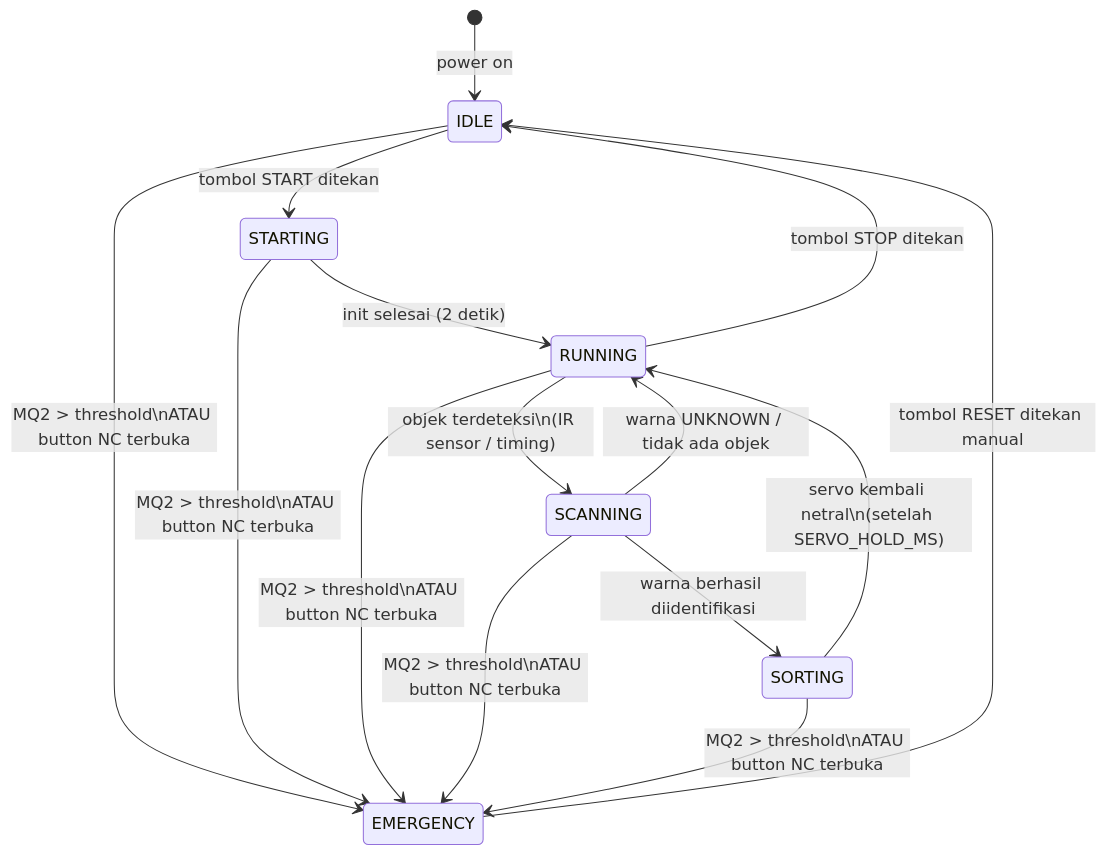
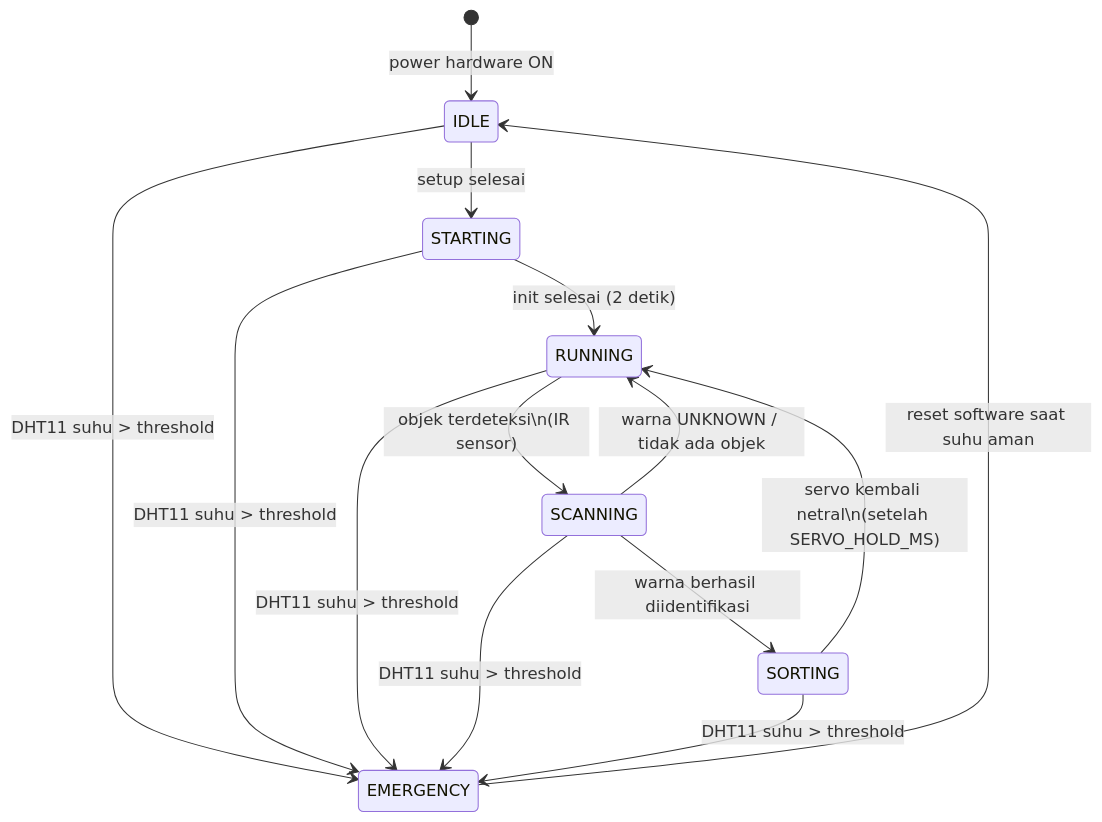
The diagram in Document/state_machine.md (arrvy/tubes-instrumentasi-kelompok-10-2026), drawn with Mermaid before and after one commit. The commit also changed other lines of this file and 19 other files, not shown here.

````diff
--- a/Document/state_machine.md
+++ b/Document/state_machine.md
@@ -24,25 +32,22 @@
 ```mermaid
 stateDiagram-v2
-    [*] --> IDLE : power on
+    [*] --> IDLE : power hardware ON
 
-    IDLE --> STARTING : tombol START ditekan
-
+    IDLE --> STARTING : setup selesai
     STARTING --> RUNNING : init selesai (2 detik)
 
-    RUNNING --> SCANNING : objek terdeteksi\n(IR sensor / timing)
+    RUNNING --> SCANNING : objek terdeteksi\n(IR sensor)
 
     SCANNING --> SORTING : warna berhasil diidentifikasi
     SCANNING --> RUNNING : warna UNKNOWN / tidak ada objek
 
     SORTING --> RUNNING : servo kembali netral\n(setelah SERVO_HOLD_MS)
 
-    RUNNING --> IDLE : tombol STOP ditekan
+    IDLE --> EMERGENCY : DHT11 suhu > threshold
+    STARTING --> EMERGENCY : DHT11 suhu > threshold
+    RUNNING --> EMERGENCY : DHT11 suhu > threshold
+    SCANNING --> EMERGENCY : DHT11 suhu > threshold
+    SORTING --> EMERGENCY : DHT11 suhu > threshold
 
-    IDLE --> EMERGENCY : MQ2 > threshold\nATAU button NC terbuka
-    STARTING --> EMERGENCY : MQ2 > threshold\nATAU button NC terbuka
-    RUNNING --> EMERGENCY : MQ2 > threshold\nATAU button NC terbuka
-    SCANNING --> EMERGENCY : MQ2 > threshold\nATAU button NC terbuka
-    SORTING --> EMERGENCY : MQ2 > threshold\nATAU button NC terbuka
-
-    EMERGENCY --> IDLE : tombol RESET ditekan manual
+    EMERGENCY --> IDLE : reset software saat suhu aman
 ```
````
